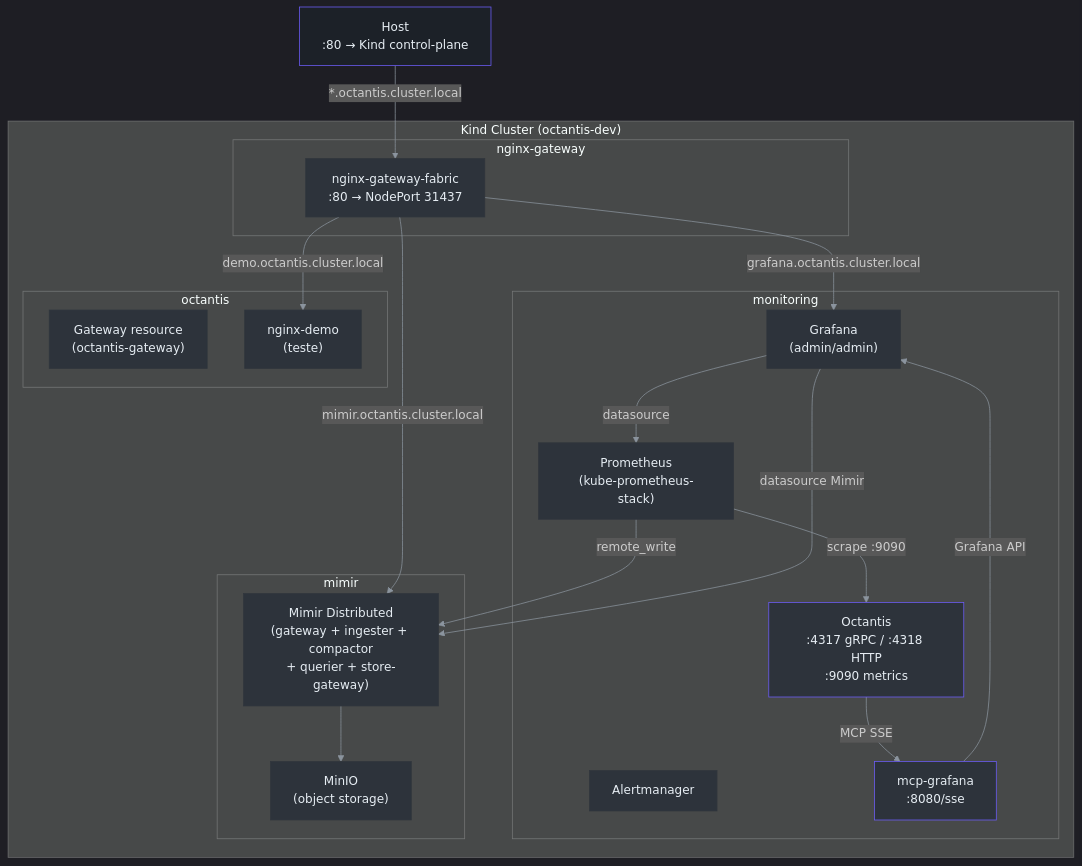
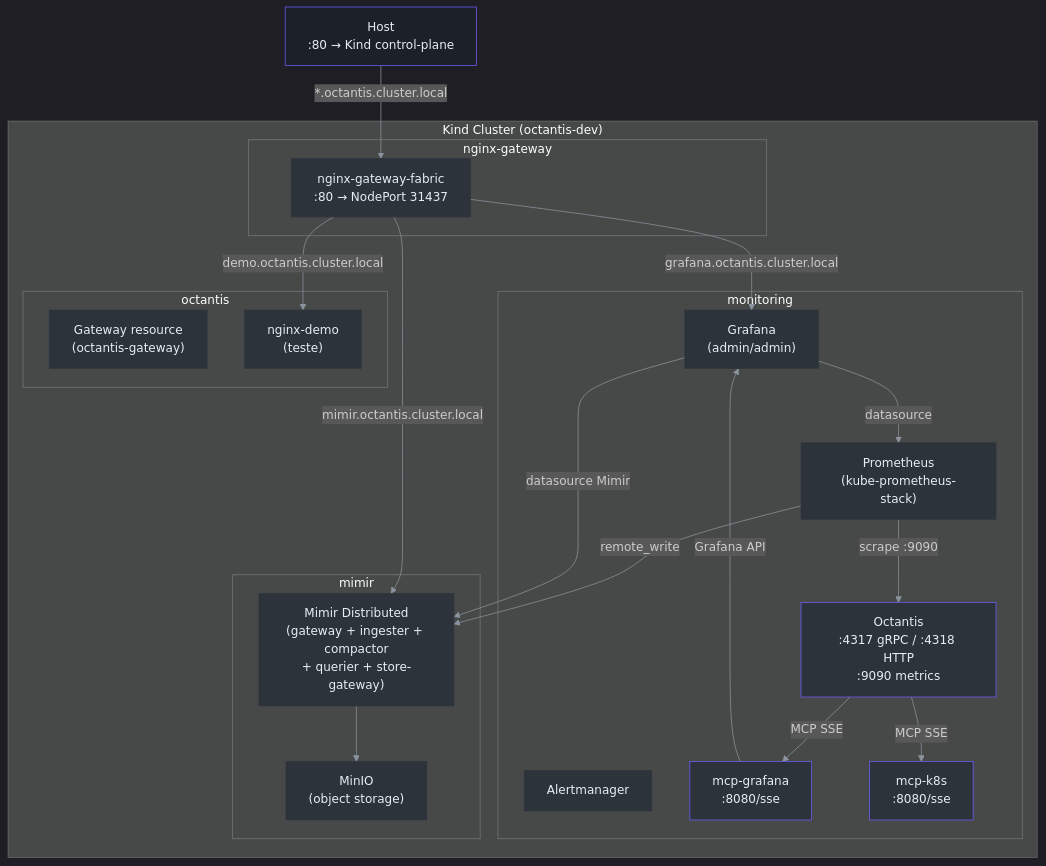
Before and after one commit to Vinny1892/octantis: the diagram in dev/README.md, drawn with Mermaid. The commit also changed other lines of this file and 3 other files, not shown here.

````diff
--- a/dev/README.md
+++ b/dev/README.md
@@ -39,46 +39,48 @@
 ```mermaid
 %%{init: {"theme": "dark", "themeVariables": {"primaryColor": "#2d333b", "primaryBorderColor": "#6d5dfc", "primaryTextColor": "#e6edf3", "lineColor": "#8b949e", "secondaryColor": "#161b22"}}}%%
 flowchart TD
     subgraph kind["Kind Cluster (octantis-dev)"]
         subgraph ngw["nginx-gateway"]
             GW["nginx-gateway-fabric\n:80 → NodePort 31437"]:::infra
         end
 
         subgraph mon["monitoring"]
             PROM["Prometheus\n(kube-prometheus-stack)"]:::infra
             GRAF["Grafana\n(admin/admin)"]:::infra
             AM["Alertmanager"]:::infra
             MCP["mcp-grafana\n:8080/sse"]:::app
+            MCPK8S["mcp-k8s\n:8080/sse"]:::app
             OCT["Octantis\n:4317 gRPC / :4318 HTTP\n:9090 metrics"]:::app
         end
 
         subgraph mir["mimir"]
             MIMIR["Mimir Distributed\n(gateway + ingester + compactor\n+ querier + store-gateway)"]:::infra
             MINIO["MinIO\n(object storage)"]:::infra
         end
 
         subgraph oct["octantis"]
             GWRES["Gateway resource\n(octantis-gateway)"]:::infra
             DEMO["nginx-demo\n(teste)"]:::infra
         end
     end
 
     HOST["Host\n:80 → Kind control-plane"]:::ext
 
     HOST -->|"*.octantis.cluster.local"| GW
     GW -->|"grafana.octantis.cluster.local"| GRAF
     GW -->|"mimir.octantis.cluster.local"| MIMIR
     GW -->|"demo.octantis.cluster.local"| DEMO
 
     PROM -->|"remote_write"| MIMIR
     MIMIR --> MINIO
     GRAF -->|"datasource"| PROM
     GRAF -->|"datasource Mimir"| MIMIR
     MCP -->|"Grafana API"| GRAF
     OCT -->|"MCP SSE"| MCP
+    OCT -->|"MCP SSE"| MCPK8S
     PROM -->|"scrape :9090"| OCT
 
     classDef ext fill:#1c2128,stroke:#6d5dfc,color:#e6edf3
     classDef infra fill:#2d333b,stroke:#30363d,color:#e6edf3
     classDef app fill:#2d333b,stroke:#6d5dfc,color:#e6edf3
 ```
````
